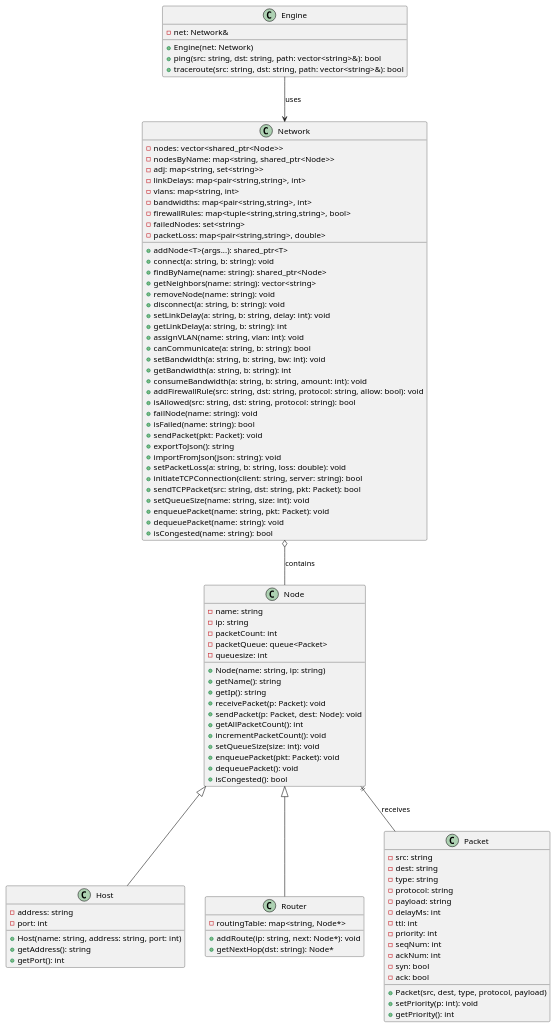
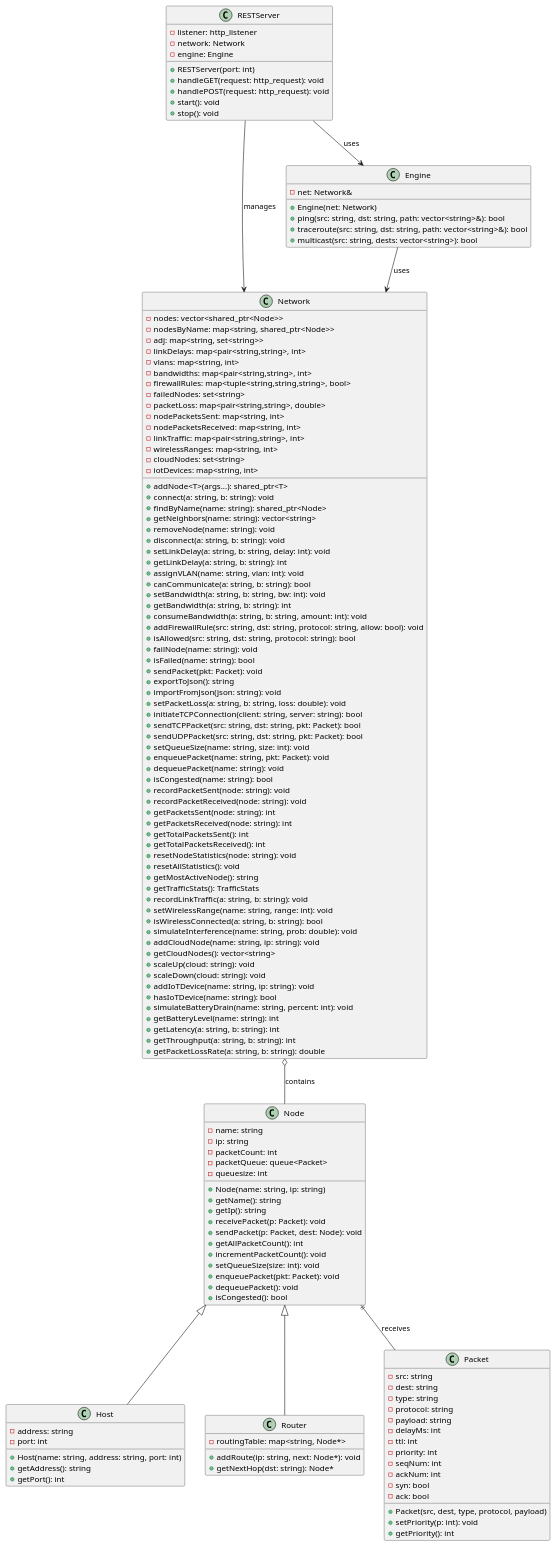
The third of 13 diagrams in project/docs/diagrams.md (UmarlyPoeta/inzynieria_oprogramowania), drawn with PlantUML before and after one commit. The commit also changed other lines of this file and 15 other files, not shown here.

````diff
--- a/project/docs/diagrams.md
+++ b/project/docs/diagrams.md
@@ -170,6 +187,12 @@
     - firewallRules: map<tuple<string,string,string>, bool>
     - failedNodes: set<string>
     - packetLoss: map<pair<string,string>, double>
+    - nodePacketsSent: map<string, int>
+    - nodePacketsReceived: map<string, int>
+    - linkTraffic: map<pair<string,string>, int>
+    - wirelessRanges: map<string, int>
+    - cloudNodes: set<string>
+    - iotDevices: map<string, int>
     + addNode<T>(args...): shared_ptr<T>
     + connect(a: string, b: string): void
     + findByName(name: string): shared_ptr<Node>
@@ -193,10 +216,36 @@
     + setPacketLoss(a: string, b: string, loss: double): void
     + initiateTCPConnection(client: string, server: string): bool
     + sendTCPPacket(src: string, dst: string, pkt: Packet): bool
+    + sendUDPPacket(src: string, dst: string, pkt: Packet): bool
     + setQueueSize(name: string, size: int): void
     + enqueuePacket(name: string, pkt: Packet): void
     + dequeuePacket(name: string): void
     + isCongested(name: string): bool
+    + recordPacketSent(node: string): void
+    + recordPacketReceived(node: string): void
+    + getPacketsSent(node: string): int
+    + getPacketsReceived(node: string): int
+    + getTotalPacketsSent(): int
+    + getTotalPacketsReceived(): int
+    + resetNodeStatistics(node: string): void
+    + resetAllStatistics(): void
+    + getMostActiveNode(): string
+    + getTrafficStats(): TrafficStats
+    + recordLinkTraffic(a: string, b: string): void
+    + setWirelessRange(name: string, range: int): void
+    + isWirelessConnected(a: string, b: string): bool
+    + simulateInterference(name: string, prob: double): void
+    + addCloudNode(name: string, ip: string): void
+    + getCloudNodes(): vector<string>
+    + scaleUp(cloud: string): void
+    + scaleDown(cloud: string): void
+    + addIoTDevice(name: string, ip: string): void
+    + hasIoTDevice(name: string): bool
+    + simulateBatteryDrain(name: string, percent: int): void
+    + getBatteryLevel(name: string): int
+    + getLatency(a: string, b: string): int
+    + getThroughput(a: string, b: string): int
+    + getPacketLossRate(a: string, b: string): double
 }
 
 class Engine {
@@ -204,10 +253,24 @@
     + Engine(net: Network)
     + ping(src: string, dst: string, path: vector<string>&): bool
     + traceroute(src: string, dst: string, path: vector<string>&): bool
+    + multicast(src: string, dests: vector<string>): bool
+}
+
+class RESTServer {
+    - listener: http_listener
+    - network: Network
+    - engine: Engine
+    + RESTServer(port: int)
+    + handleGET(request: http_request): void
+    + handlePOST(request: http_request): void
+    + start(): void
+    + stop(): void
 }
 
 Node ||-- Packet : receives
 Network o-- Node : contains
 Engine --> Network : uses
+RESTServer --> Network : manages
+RESTServer --> Engine : uses
 @enduml
 ```
````
